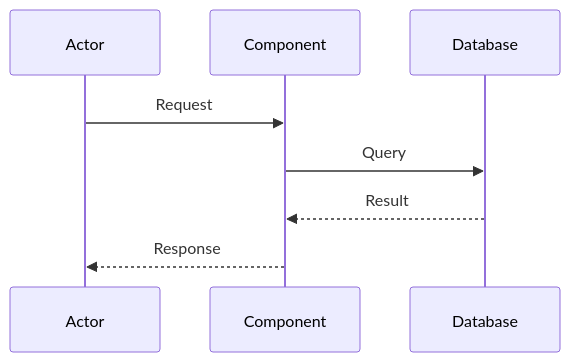
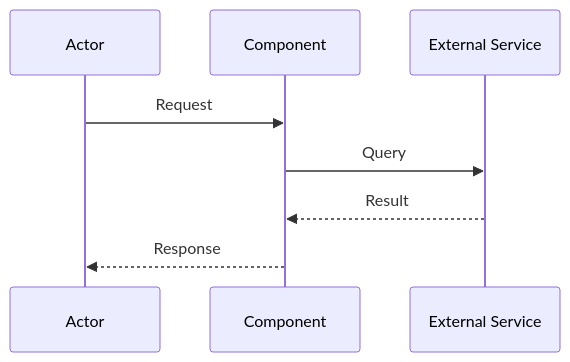
The diagram in plugin/agents/regent-design-writer.md (stickystyle/regent), drawn with Mermaid before and after one commit. The commit also changed other lines of this file and 1 other file, not shown here.

````diff
--- a/plugin/agents/regent-design-writer.md
+++ b/plugin/agents/regent-design-writer.md
@@ -50,11 +67,11 @@
 ```mermaid
 sequenceDiagram
     participant A as Actor
     participant B as Component
-    participant C as Database
+    participant C as External Service
 
     A->>B: Request
     B->>C: Query
     C-->>B: Result
     B-->>A: Response
 ```
````
